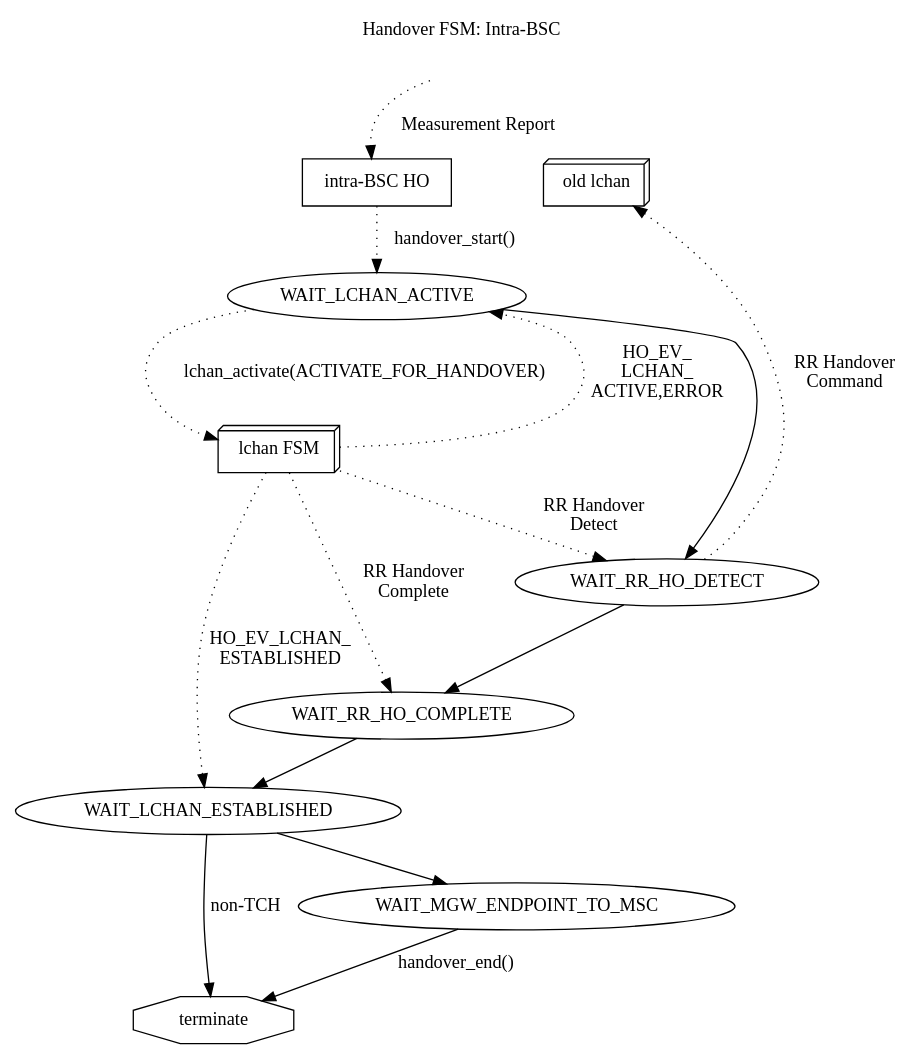
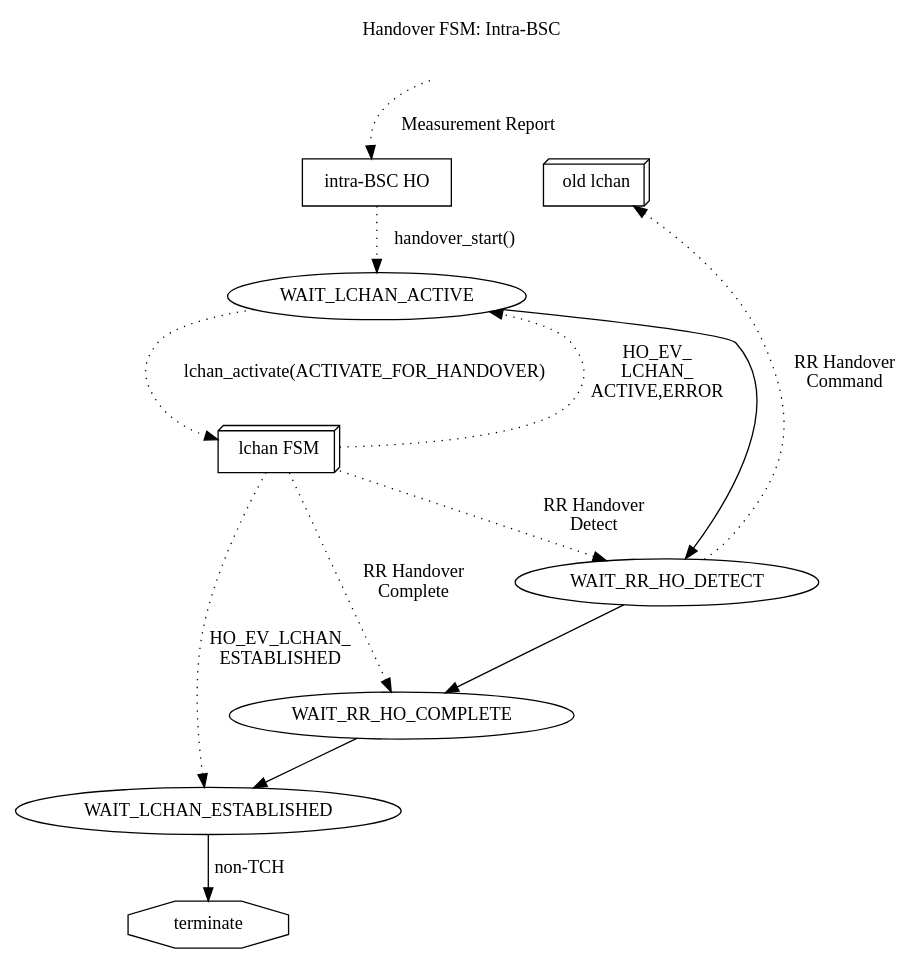
The diagram in doc/handover-intra-bsc-fsm.dot (osmocom/osmo-bsc), drawn with Graphviz before and after one commit. The commit also changed 1 other file, not shown here.

Commit message:
handover dot charts: fix wrong transitions regarding MGW
Related: SYS#5315 OS#4940 OS#3277

```diff
--- a/doc/handover-intra-bsc-fsm.dot
+++ b/doc/handover-intra-bsc-fsm.dot
@@ -1,30 +1,28 @@
 digraph G {
 rankdir=TB
 labelloc=t; label="Handover FSM: Intra-BSC"
 
         lchan [label="lchan FSM",shape=box3d]
         intra [label="intra-BSC HO",shape=box]
         old_lchan [label="old lchan",shape=box3d]
 	terminate [shape=octagon]
 
 	invisible [style="invisible"]
 	invisible -> intra [label="Measurement Report",style=dotted]
 	invisible -> old_lchan [style=invisible,arrowhead=none]
 
 	intra -> WAIT_LCHAN_ACTIVE [label="handover_start()",style=dotted]
         WAIT_LCHAN_ACTIVE -> lchan [label="lchan_activate(ACTIVATE_FOR_HANDOVER)",style=dotted]
 	lchan -> WAIT_LCHAN_ACTIVE [label="HO_EV_\nLCHAN_\nACTIVE,ERROR",style=dotted,constraint=false]
         WAIT_LCHAN_ACTIVE -> WAIT_RR_HO_DETECT
         WAIT_RR_HO_DETECT -> old_lchan [label="RR Handover\nCommand",style=dotted,constraint=false]
 	
 	lchan -> WAIT_RR_HO_DETECT [label="RR Handover\nDetect",style=dotted]
 	WAIT_RR_HO_DETECT -> WAIT_RR_HO_COMPLETE
 
 	lchan -> WAIT_RR_HO_COMPLETE [label="RR Handover\nComplete",style=dotted]
 	WAIT_RR_HO_COMPLETE -> WAIT_LCHAN_ESTABLISHED
 	lchan -> WAIT_LCHAN_ESTABLISHED [label="HO_EV_LCHAN_\nESTABLISHED",style=dotted]
 
 	WAIT_LCHAN_ESTABLISHED -> terminate [label="non-TCH"]
-	WAIT_LCHAN_ESTABLISHED -> WAIT_MGW_ENDPOINT_TO_MSC
-	WAIT_MGW_ENDPOINT_TO_MSC -> terminate [label="handover_end()"]
 }
```
